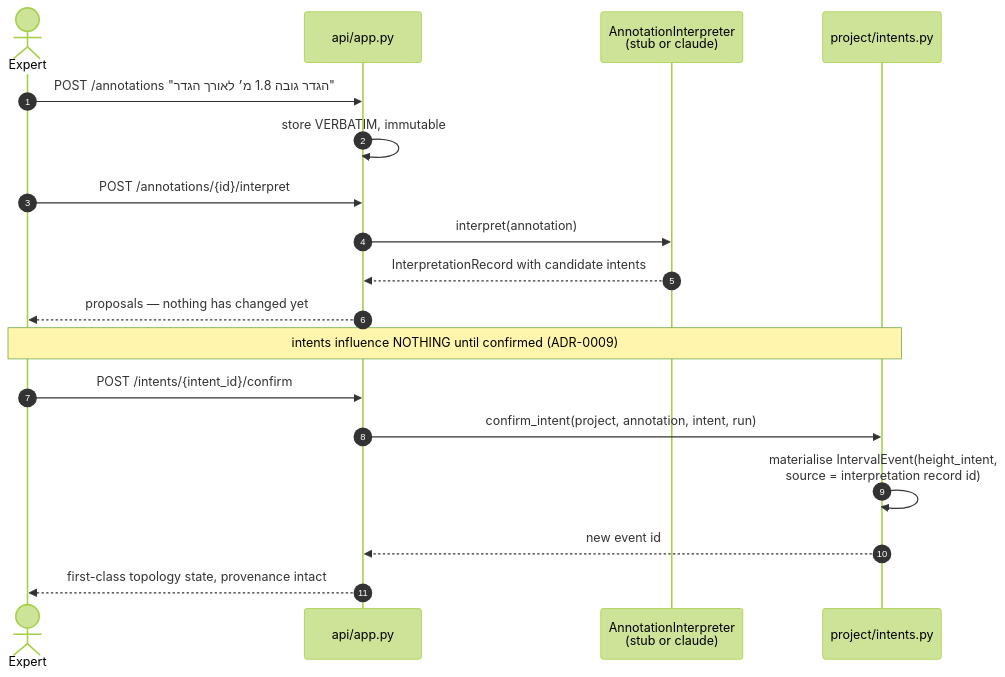
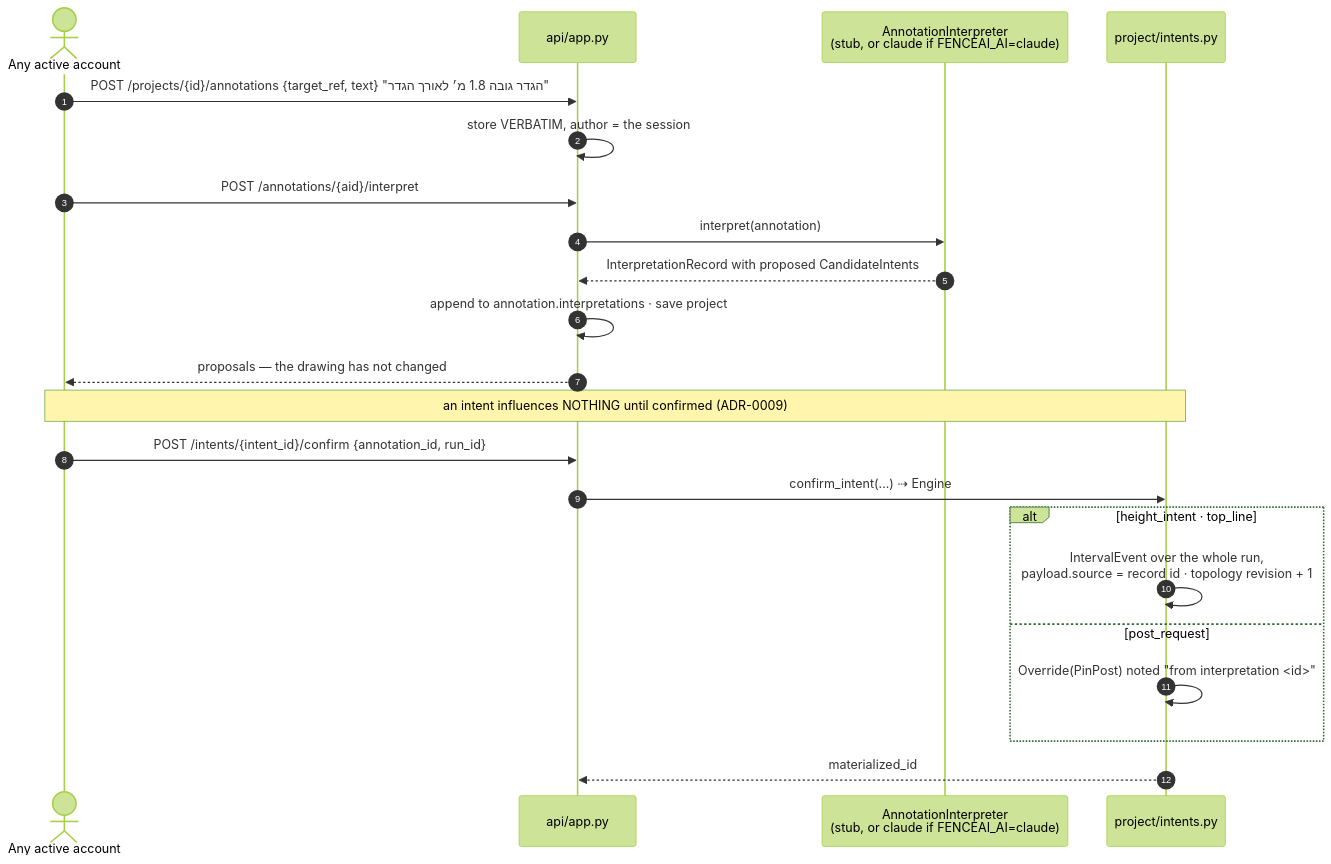
One commit to spicysauce1955-stack/BOM changed the eighth of 10 diagrams in docs/architecture/03-flows.md. Above: the diagram before and after it, drawn with Mermaid (forest theme). The commit also changed other lines of this file and 14 other files, not shown here.

````diff
--- a/docs/architecture/03-flows.md
+++ b/docs/architecture/03-flows.md
@@ -105,23 +319,27 @@
 ```mermaid
 sequenceDiagram
     autonumber
-    actor U as Expert
+    actor U as Any active account
     participant A as api/app.py
-    participant AI as AnnotationInterpreter<br/>(stub or claude)
+    participant AI as AnnotationInterpreter<br/>(stub, or claude if FENCEAI_AI=claude)
     participant P as project/intents.py
 
-    U->>A: POST /annotations  "הגדר גובה 1.8 מ׳ לאורך הגדר"
-    A->>A: store VERBATIM, immutable
-    U->>A: POST /annotations/{id}/interpret
+    U->>A: POST /projects/{id}/annotations {target_ref, text}  "הגדר גובה 1.8 מ׳ לאורך הגדר"
+    A->>A: store VERBATIM, author = the session
+    U->>A: POST /annotations/{aid}/interpret
     A->>AI: interpret(annotation)
-    AI-->>A: InterpretationRecord with candidate intents
-    A-->>U: proposals — nothing has changed yet
+    AI-->>A: InterpretationRecord with proposed CandidateIntents
+    A->>A: append to annotation.interpretations · save project
+    A-->>U: proposals — the drawing has not changed
 
-    Note over U,P: intents influence NOTHING until confirmed (ADR-0009)
+    Note over U,P: an intent influences NOTHING until confirmed (ADR-0009)
 
-    U->>A: POST /intents/{intent_id}/confirm
-    A->>P: confirm_intent(project, annotation, intent, run)
-    P->>P: materialise IntervalEvent(height_intent,<br/>source = interpretation record id)
-    P-->>A: new event id
-    A-->>U: first-class topology state, provenance intact
+    U->>A: POST /intents/{intent_id}/confirm {annotation_id, run_id}
+    A->>P: confirm_intent(...)   ⇢ Engine
+    alt height_intent · top_line
+        P->>P: IntervalEvent over the whole run,<br/>payload.source = record id · topology revision + 1
+    else post_request
+        P->>P: Override(PinPost) noted "from interpretation <id>"
+    end
+    P-->>A: materialized_id
 ```
````
